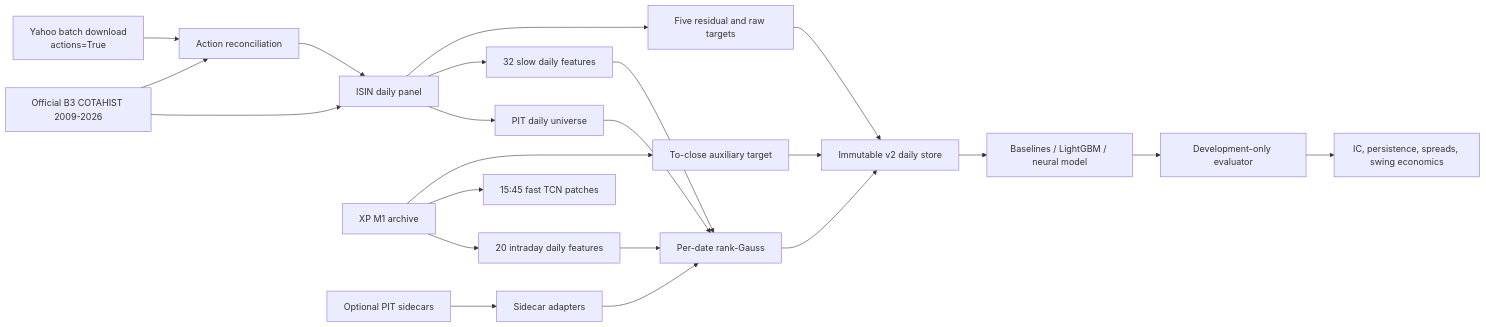
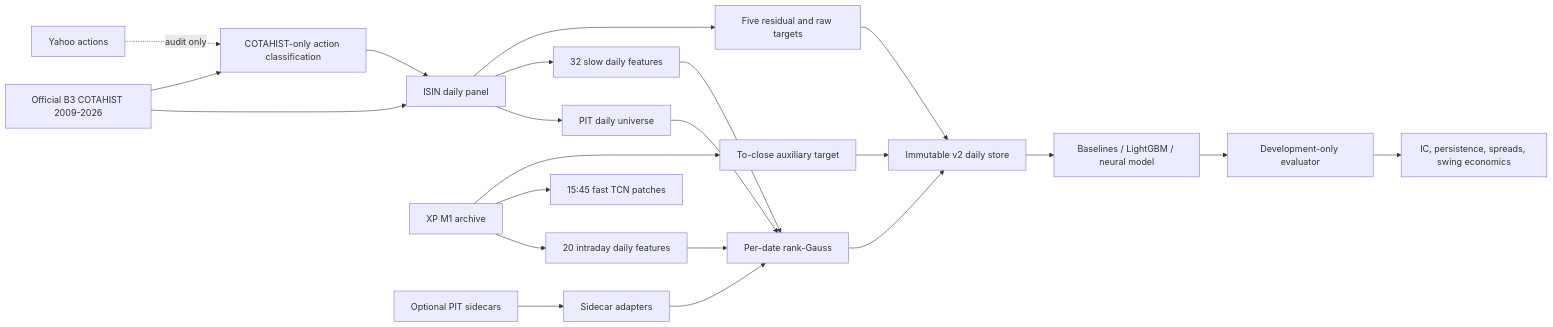
One commit to gabrool/brazil-rv changed the first of 2 diagrams in docs/v2_README.md. Above: the diagram before and after it, drawn with Mermaid. The commit also changed other lines of this file and 25 other files, not shown here.

````diff
--- a/docs/v2_README.md
+++ b/docs/v2_README.md
@@ -33,24 +30,24 @@
 ```mermaid
 flowchart LR
     A[Official B3 COTAHIST 2009-2026] --> B[ISIN daily panel]
-    C[Yahoo batch download\nactions=True] --> D[Action reconciliation]
-    A --> D
+    A --> D[COTAHIST-only action classification]
+    C[Yahoo actions] -. audit only .-> D
     D --> B
     B --> E[PIT daily universe]
     B --> F[32 slow daily features]
     G[XP M1 archive] --> H[20 intraday daily features]
     G --> I[15:45 fast TCN patches]
     J[Optional PIT sidecars] --> K[Sidecar adapters]
     E --> L[Per-date rank-Gauss]
     F --> L
     H --> L
     K --> L
     B --> M[Five residual and raw targets]
     G --> N[To-close auxiliary target]
     L --> O[Immutable v2 daily store]
     M --> O
     N --> O
     O --> P[Baselines / LightGBM / neural model]
     P --> Q[Development-only evaluator]
     Q --> R[IC, persistence, spreads, swing economics]
 ```
````
